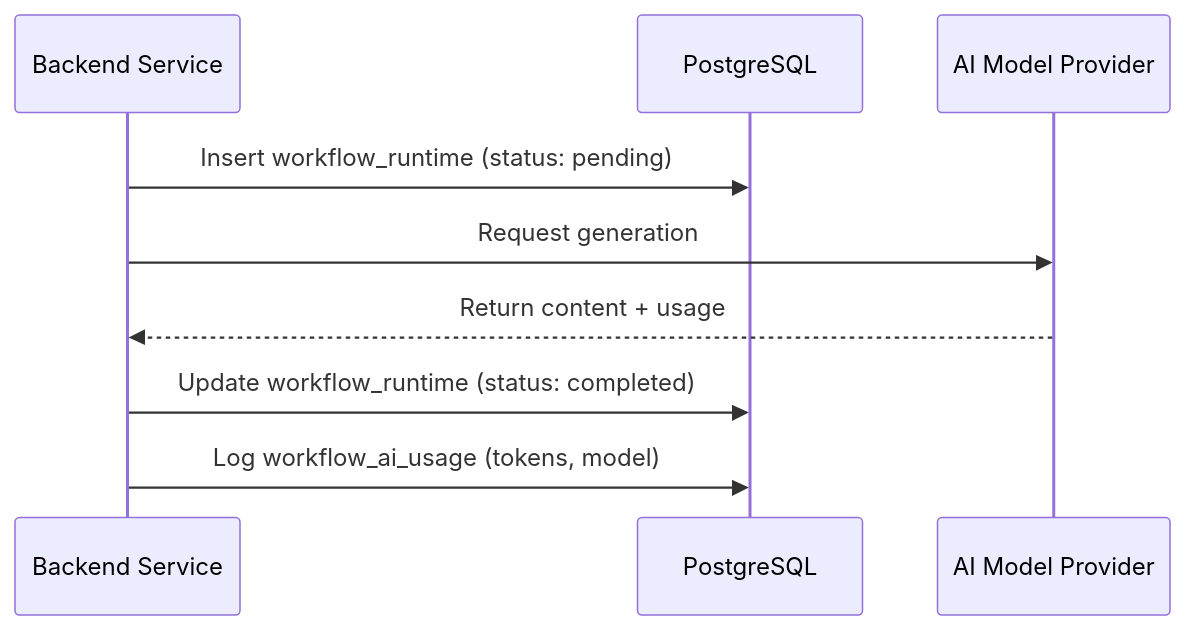
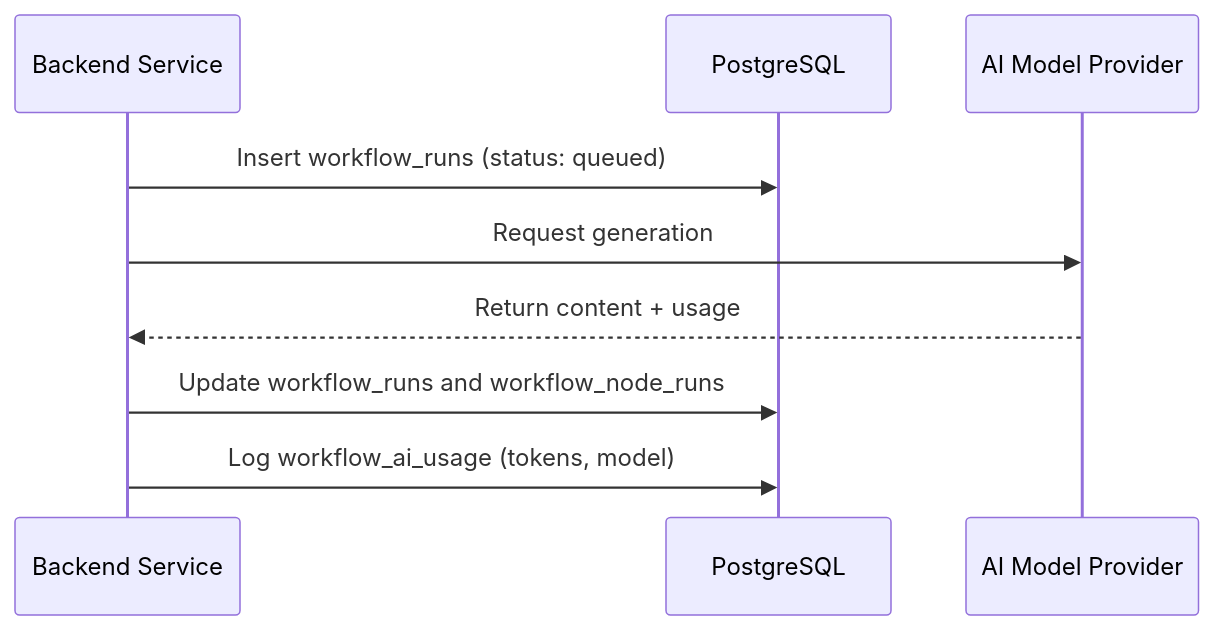
The third of 3 diagrams in .cubic/wiki/04-section-data-management/01-p-database-schema.md (immagiov4/Nous), drawn with Mermaid before and after one commit. The commit also changed other lines of this file and 24 other files, not shown here.

````diff
--- a/.cubic/wiki/04-section-data-management/01-p-database-schema.md
+++ b/.cubic/wiki/04-section-data-management/01-p-database-schema.md
@@ -107,11 +107,11 @@
 ```mermaid
 sequenceDiagram
     participant App as Backend Service
     participant DB as PostgreSQL
     participant AI as AI Model Provider
-    App->>DB: Insert workflow_runtime (status: pending)
+    App->>DB: Insert workflow_runs (status: queued)
     App->>AI: Request generation
     AI-->>App: Return content + usage
-    App->>DB: Update workflow_runtime (status: completed)
+    App->>DB: Update workflow_runs and workflow_node_runs
     App->>DB: Log workflow_ai_usage (tokens, model)
 ```
````
